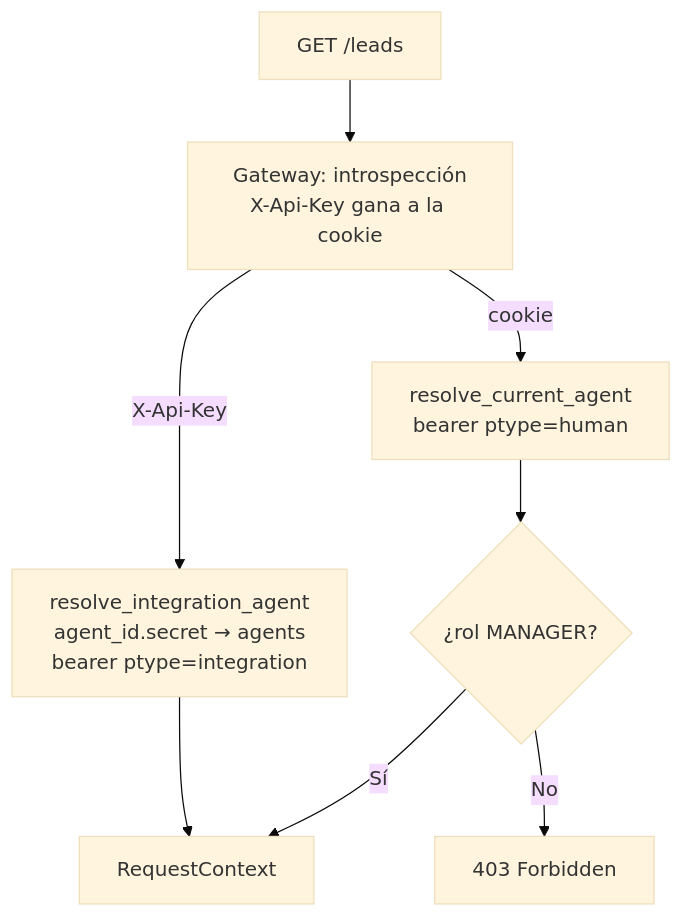
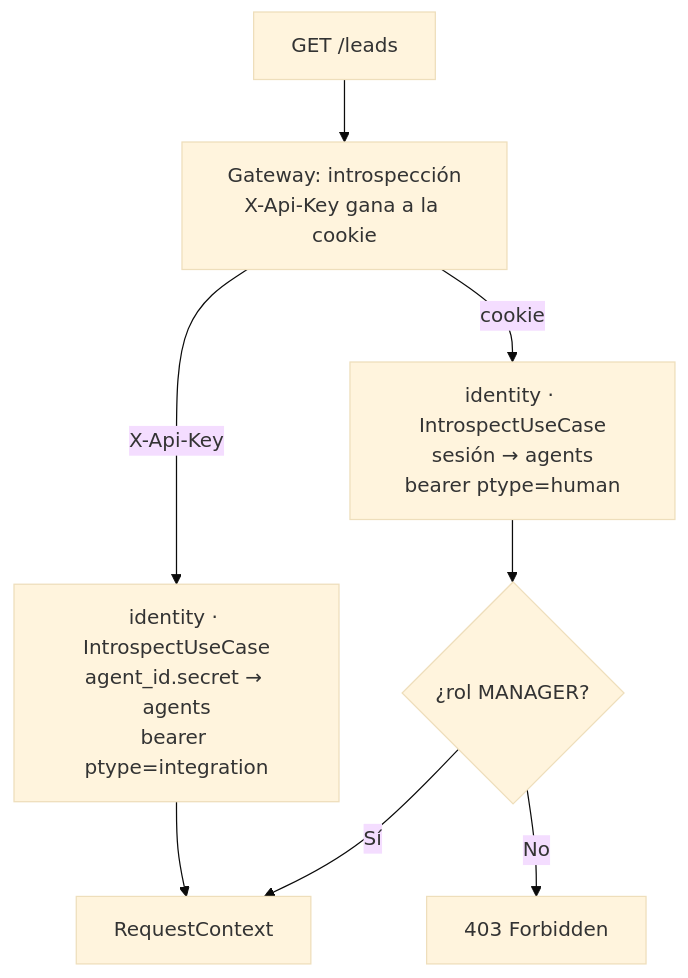
Before and after one commit to MDCIrony/leads-hexa: the second of 2 diagrams in docs/content/eventos/autenticacion.md, drawn with Mermaid (base theme). The commit also changed other lines of this file and 31 other files, not shown here.

````diff
--- a/docs/content/eventos/autenticacion.md
+++ b/docs/content/eventos/autenticacion.md
@@ -90,10 +92,10 @@
 ```mermaid
 flowchart TB
     Req["GET /leads"] --> GW["Gateway: introspección<br/>X-Api-Key gana a la cookie"]
-    GW -->|"X-Api-Key"| Api["resolve_integration_agent<br/>agent_id.secret → agents<br/>bearer ptype=integration"]
-    GW -->|"cookie"| Jwt["resolve_current_agent<br/>bearer ptype=human"]
+    GW -->|"X-Api-Key"| Api["identity · IntrospectUseCase<br/>agent_id.secret → agents<br/>bearer ptype=integration"]
+    GW -->|"cookie"| Jwt["identity · IntrospectUseCase<br/>sesión → agents<br/>bearer ptype=human"]
     Api --> Ctx["RequestContext"]
     Jwt --> Manager{"¿rol MANAGER?"}
     Manager -->|"Sí"| Ctx
     Manager -->|"No"| F403["403 Forbidden"]
 ```
````
